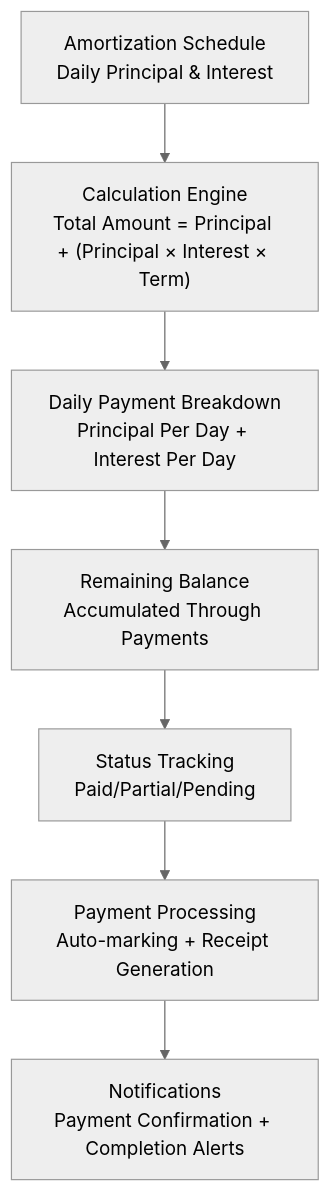
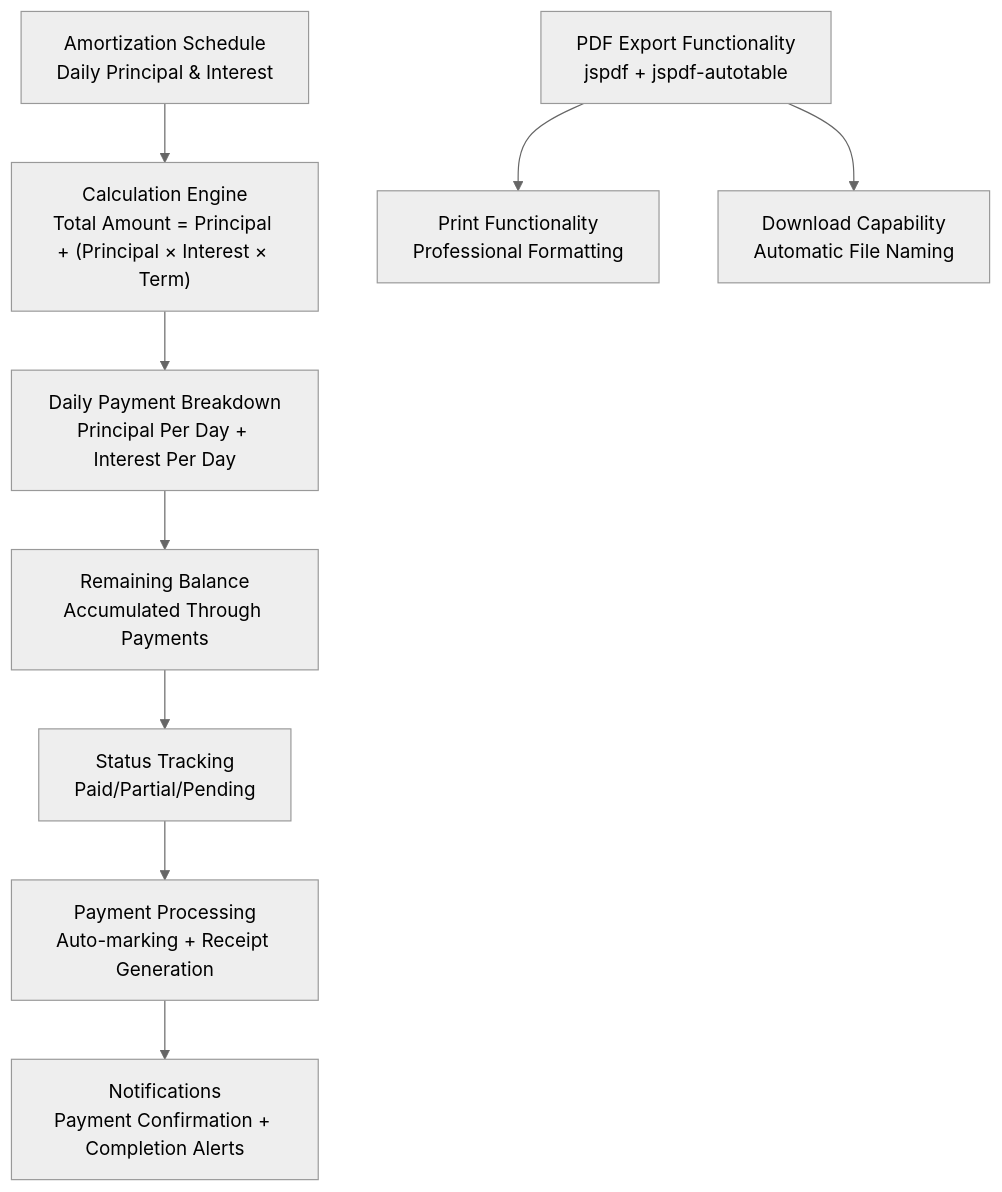
One commit to Unsure-bry/sampacoop_system changed the fifth of 5 diagrams in .qoder/repowiki/en/content/Project Overview/Core Features & Functionality/Loan Management System/Loan Management System.md. Above: the diagram before and after it, drawn with Mermaid (neutral theme). The commit also changed other lines of this file and 6 other files, not shown here.

````diff
--- a/.qoder/repowiki/en/content/Project Overview/Core Features & Functionality/Loan Management System/Loan Management System.md
+++ b/.qoder/repowiki/en/content/Project Overview/Core Features & Functionality/Loan Management System/Loan Management System.md
@@ -658,9 +668,11 @@
 ```mermaid
 graph TB
 AMORTIZATION["Amortization Schedule<br/>Daily Principal & Interest"] --> CALCULATION["Calculation Engine<br/>Total Amount = Principal + (Principal × Interest × Term)"]
 CALCULATION --> DAILY["Daily Payment Breakdown<br/>Principal Per Day + Interest Per Day"]
 DAILY --> BALANCE["Remaining Balance<br/>Accumulated Through Payments"]
 BALANCE --> STATUS["Status Tracking<br/>Paid/Partial/Pending"]
 STATUS --> PAYMENTS["Payment Processing<br/>Auto-marking + Receipt Generation"]
 PAYMENTS --> NOTIFICATIONS["Notifications<br/>Payment Confirmation + Completion Alerts"]
+PDFEXPORT["PDF Export Functionality<br/>jspdf + jspdf-autotable"] --> PRINT["Print Functionality<br/>Professional Formatting"]
+PDFEXPORT --> DOWNLOAD["Download Capability<br/>Automatic File Naming"]
 ```
````
